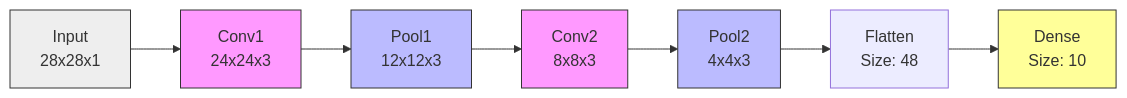
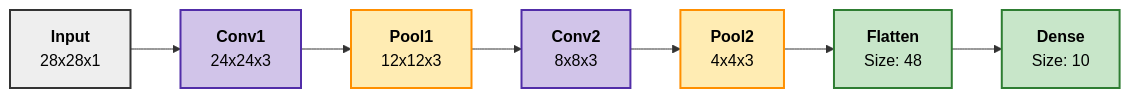
Before and after one commit to hjjk2688/CNN_Verilog: the second of 2 diagrams in ss.md, drawn with Mermaid. The commit also changed other lines of this file, not shown here.

````diff
--- a/ss.md
+++ b/ss.md
@@ -330,17 +331,22 @@
 ```mermaid
 graph LR
-    Input[Input\n28x28x1] --> C1[Conv1\n24x24x3]
-    C1 --> P1[Pool1\n12x12x3]
-    P1 --> C2[Conv2\n8x8x3]
-    C2 --> P2[Pool2\n4x4x3]
-    P2 --> F[Flatten\nSize: 48]
-    F --> D[Dense\nSize: 10]
+    %% 노드 정의 (HTML 태그 사용)
+    Input["<b>Input</b><br/>28x28x1"] --> C1["<b>Conv1</b><br/>24x24x3"]
+    C1 --> P1["<b>Pool1</b><br/>12x12x3"]
+    P1 --> C2["<b>Conv2</b><br/>8x8x3"]
+    C2 --> P2["<b>Pool2</b><br/>4x4x3"]
+    P2 --> F["<b>Flatten</b><br/>Size: 48"]
+    F --> D["<b>Dense</b><br/>Size: 10"]
     
-    style Input fill:#eee,stroke:#333
-    style C1 fill:#f9f,stroke:#333
-    style P1 fill:#bbf,stroke:#333
-    style C2 fill:#f9f,stroke:#333
-    style P2 fill:#bbf,stroke:#333
-    style D fill:#ff9,stroke:#333
+    %% 스타일 정의 (글자색 color:#000 검정으로 고정)
+    classDef input fill:#eee,stroke:#333,stroke-width:2px,font-size:16px,color:#000;
+    classDef conv fill:#d1c4e9,stroke:#512da8,stroke-width:2px,font-size:16px,color:#000;
+    classDef pool fill:#ffecb3,stroke:#ff8f00,stroke-width:2px,font-size:16px,color:#000;
+    classDef dense fill:#c8e6c9,stroke:#2e7d32,stroke-width:2px,font-size:16px,color:#000;
 
+    %% 스타일 적용
+    class Input input
+    class C1,C2 conv
+    class P1,P2 pool
+    class F,D dense
 ```
````
